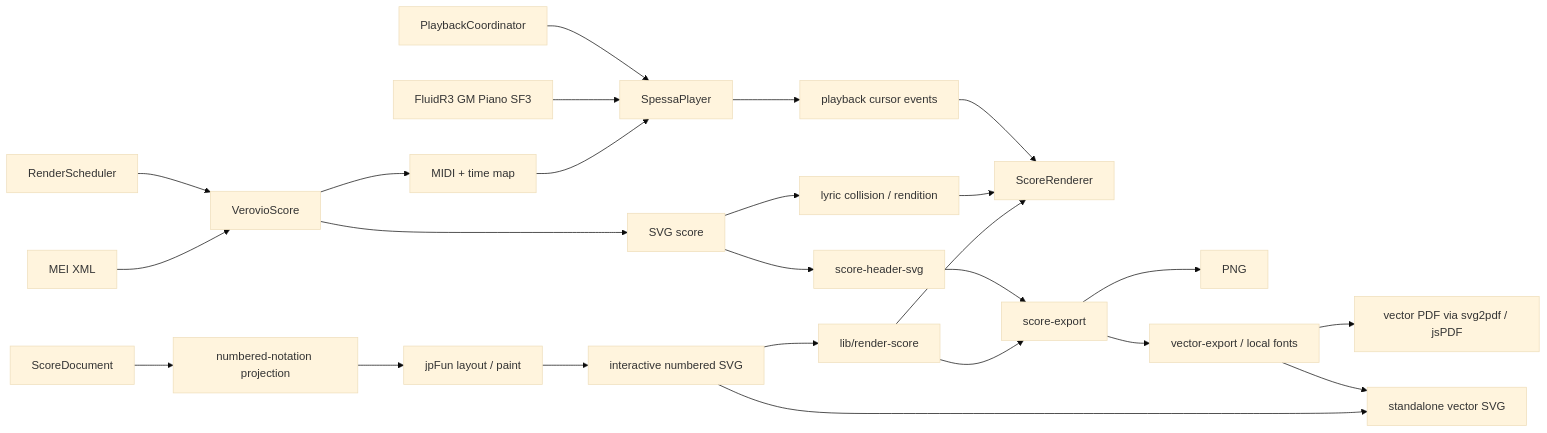
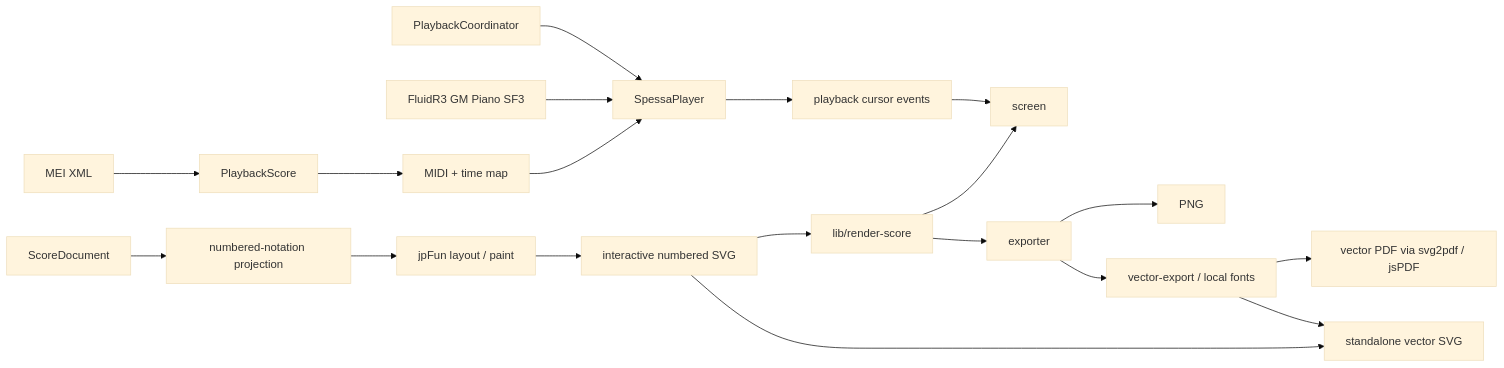
The fourth of 5 diagrams in docs/CODEGRAPH.md (huazhechen/m3n), drawn with Mermaid (base theme) before and after one commit. The commit also changed other lines of this file and 97 other files, not shown here.

````diff
--- a/docs/CODEGRAPH.md
+++ b/docs/CODEGRAPH.md
@@ -123,27 +123,21 @@
 ```mermaid
 flowchart LR
   document["ScoreDocument"] --> adapter["numbered-notation projection"]
   adapter --> jpfun["jpFun layout / paint"]
   jpfun --> numberedSvg["interactive numbered SVG"]
   numberedSvg --> renderService["lib/render-score"]
   renderService --> screen
   renderService --> exporter
   numberedSvg --> vector["standalone vector SVG"]
-  mei["MEI XML"] --> verovio["VerovioScore"]
-  scheduler["RenderScheduler"] --> verovio
-  verovio --> svg["SVG score"]
+  mei["MEI XML"] --> verovio["PlaybackScore"]
   verovio --> midi["MIDI + time map"]
   midi --> player["SpessaPlayer"]
   soundfont["FluidR3 GM Piano SF3"] --> player
   coordinator["PlaybackCoordinator"] --> player
   player --> cursor["playback cursor events"]
-  svg --> collisions["lyric collision / rendition"]
-  collisions --> screen["ScoreRenderer"]
   cursor --> screen
-  svg --> header["score-header-svg"]
-  header --> exporter["score-export"]
   exporter --> png["PNG"]
   exporter --> outlines["vector-export / local fonts"]
   outlines --> pdf["vector PDF via svg2pdf / jsPDF"]
   outlines --> vector
 ```
````
